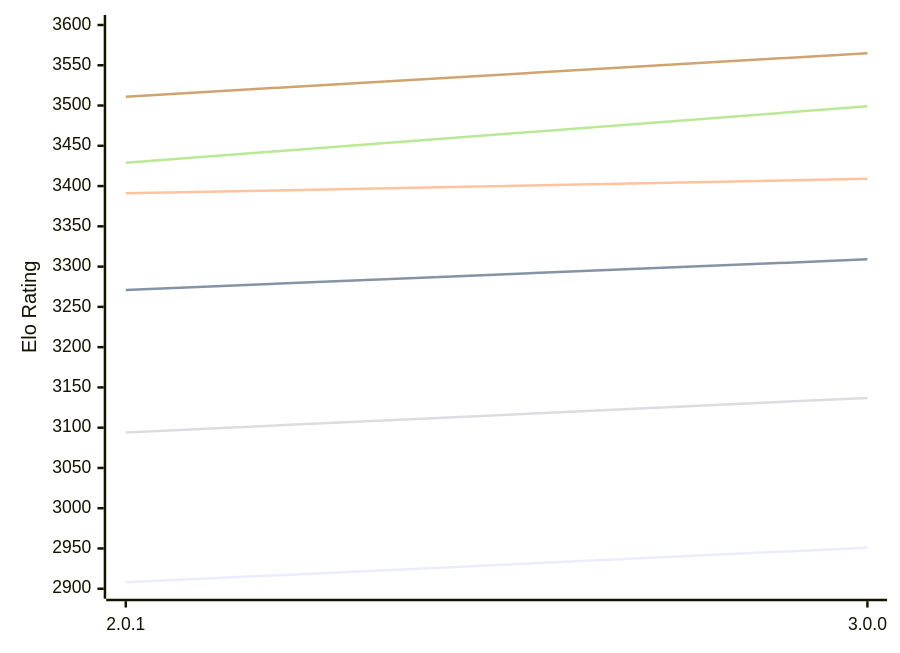
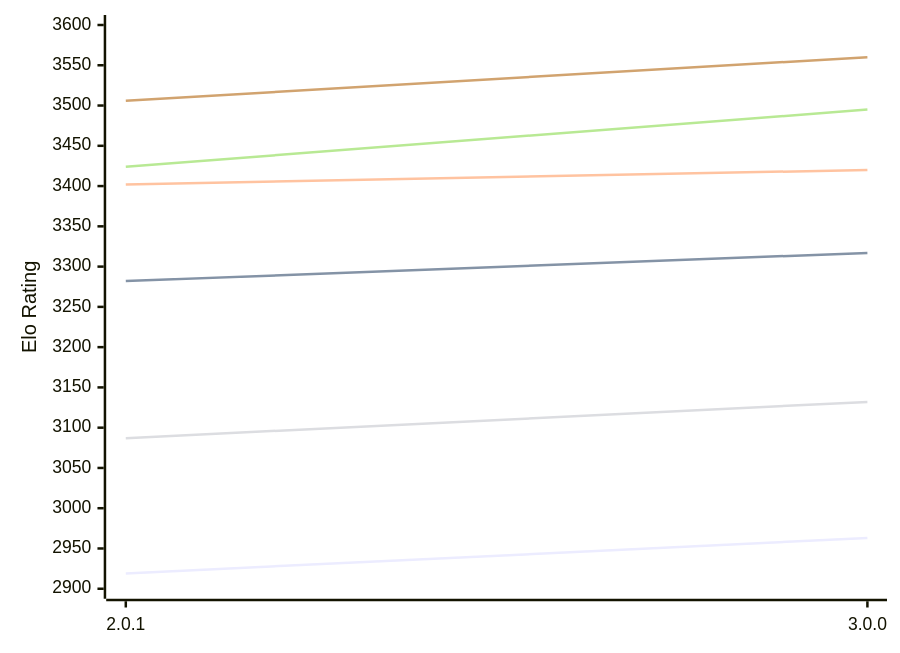
The first of 2 diagrams in engines/Grail.md (computer-chess-index/cci), drawn with Mermaid before and after one commit. The commit also changed other lines of this file, not shown here.

Commit message:
Update CCI Ratings (ELO VLTC) - 2026-11-06

````diff
--- a/engines/Grail.md
+++ b/engines/Grail.md
@@ -56,12 +56,12 @@
 ```mermaid
 %%{init: {"theme":"base","themeVariables":{"seriesColors:['#a3a3a3','#222221','#faa371']}}}%%
 xychart-beta
   x-axis ["2.0.1", "3.0.0"]
   y-axis "Elo Rating" 2900 --> 3600
-  line "E1: STC (8.0+0.08s)" [2908, 2951]
-  line "E1: LTC (60.0+0.60s)" [3271, 3309]
-  line "E1: VLTC (2m24s+1.12s)" [3391, 3409]
-  line "P1: STC (8.0+0.08s)" [3094, 3137]
-  line "P1: LTC (60.0+0.60s)" [3429, 3499]
-  line "P1: VLTC (2m24s+1.12s)" [3511, 3565]
+  line "E1: STC (8.0+0.08s)" [2919, 2963]
+  line "E1: LTC (60.0+0.60s)" [3282, 3317]
+  line "E1: VLTC (2m24s+1.12s)" [3402, 3420]
+  line "P1: STC (8.0+0.08s)" [3087, 3132]
+  line "P1: LTC (60.0+0.60s)" [3424, 3495]
+  line "P1: VLTC (2m24s+1.12s)" [3506, 3560]
 ```
````
